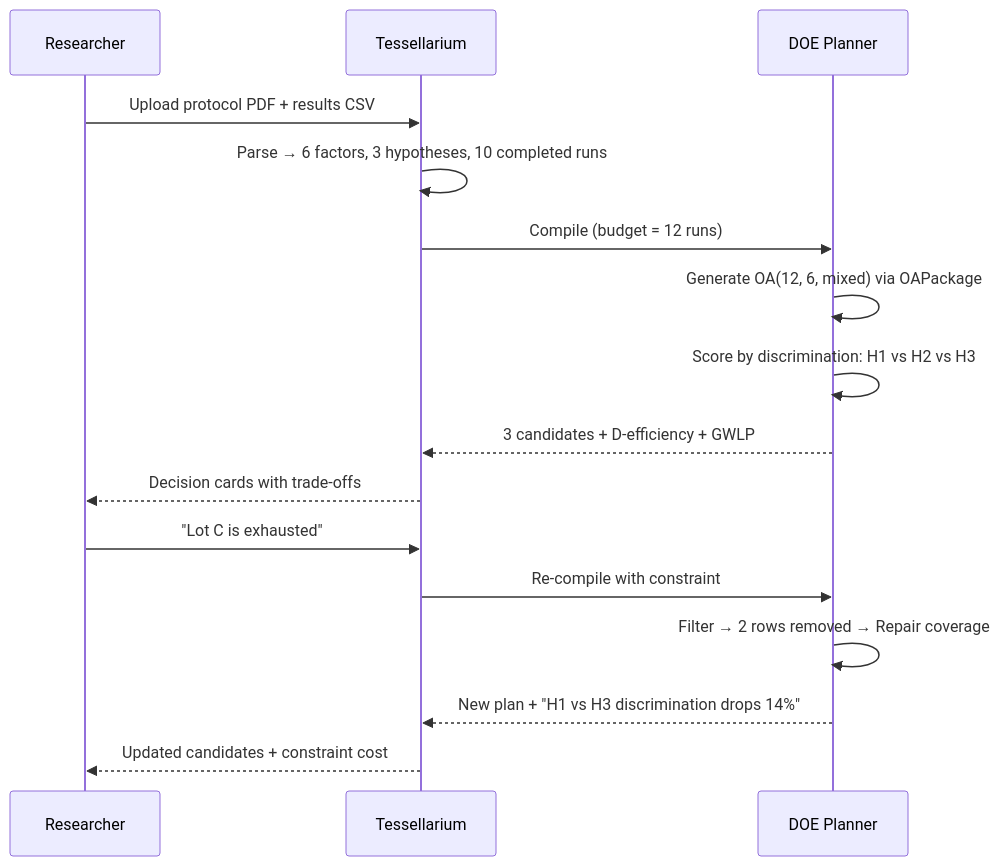
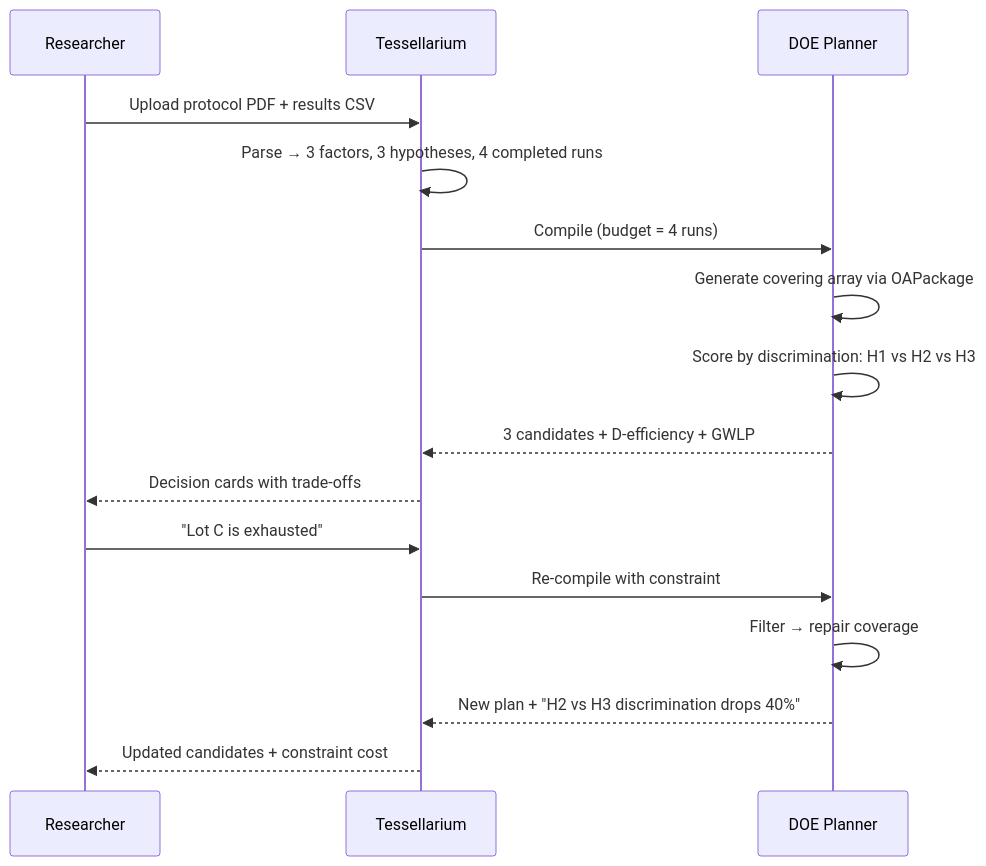
One commit to AntonioJesusGarciaPalomo/Tessellarium changed the fourth of 5 diagrams in README.md. Above: the diagram before and after it, drawn with Mermaid. The commit also changed other lines of this file, not shown here.

````diff
--- a/README.md
+++ b/README.md
@@ -290,20 +369,20 @@
 ```mermaid
 sequenceDiagram
     participant R as Researcher
     participant T as Tessellarium
     participant DOE as DOE Planner
 
     R->>T: Upload protocol PDF + results CSV
-    T->>T: Parse → 6 factors, 3 hypotheses, 10 completed runs
-    T->>DOE: Compile (budget = 12 runs)
-    DOE->>DOE: Generate OA(12, 6, mixed) via OAPackage
+    T->>T: Parse → 3 factors, 3 hypotheses, 4 completed runs
+    T->>DOE: Compile (budget = 4 runs)
+    DOE->>DOE: Generate covering array via OAPackage
     DOE->>DOE: Score by discrimination: H1 vs H2 vs H3
     DOE-->>T: 3 candidates + D-efficiency + GWLP
     T-->>R: Decision cards with trade-offs
 
     R->>T: "Lot C is exhausted"
     T->>DOE: Re-compile with constraint
-    DOE->>DOE: Filter → 2 rows removed → Repair coverage
-    DOE-->>T: New plan + "H1 vs H3 discrimination drops 14%"
+    DOE->>DOE: Filter → repair coverage
+    DOE-->>T: New plan + "H2 vs H3 discrimination drops 40%"
     T-->>R: Updated candidates + constraint cost
 ```
````
